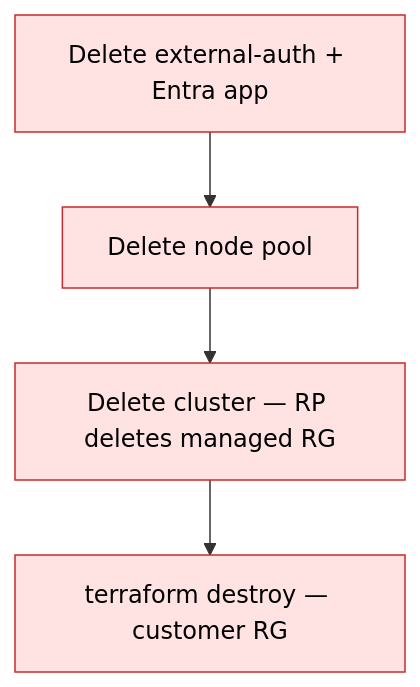
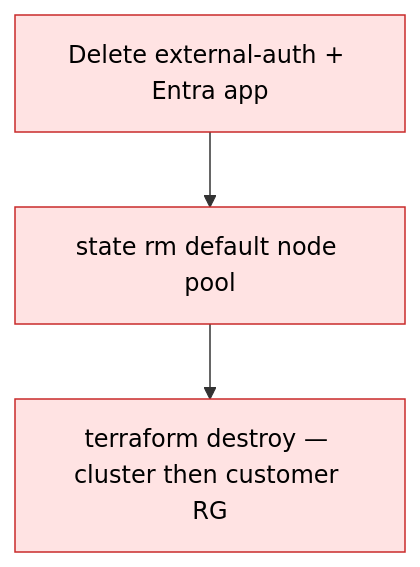
Before and after one commit to rh-mobb/aro-hcp: diagram 12 of 12 in docs/architecture.md, drawn with Mermaid. The commit also changed other lines of this file and 18 other files, not shown here.

First line of the commit message:
feat(terraform): manage HCP cluster and default node pool with AzAPI

````diff
--- a/docs/architecture.md
+++ b/docs/architecture.md
@@ -743,9 +736,8 @@
 ```mermaid
 flowchart TB
-    ea["Delete external-auth + Entra app"] --> np["Delete node pool"]
-    np --> cl["Delete cluster — RP deletes managed RG"]
-    cl --> tf["terraform destroy — customer RG"]
+    ea["Delete external-auth + Entra app"] --> rm["state rm default node pool"]
+    rm --> tf["terraform destroy — cluster then customer RG"]
 
     classDef step fill:#ffe3e3,stroke:#c92a2a,color:#000
-    class ea,np,cl,tf step
+    class ea,rm,tf step
 ```
````
